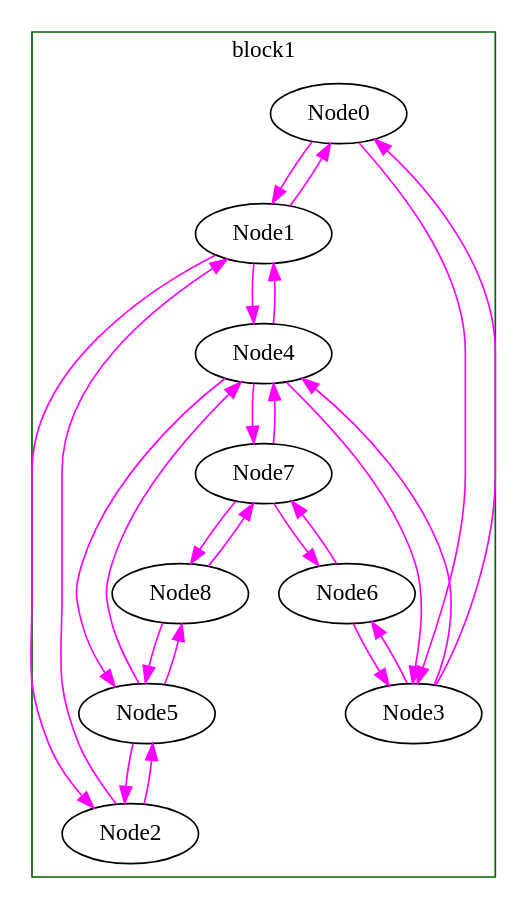
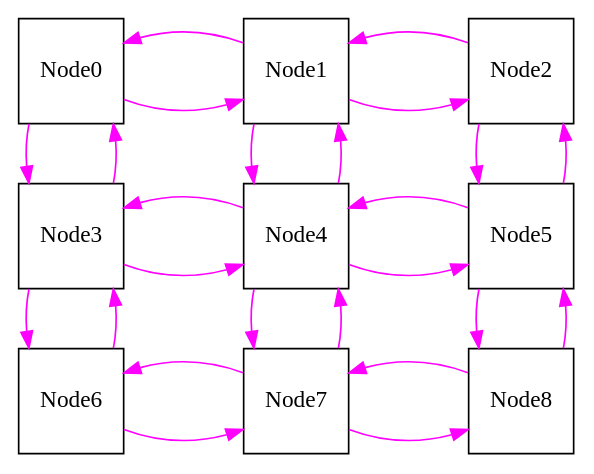
One commit to madhur19171/NoxyGen changed the diagram in Router/Mesh33/Mesh33.dot. Above: the diagram before and after it, drawn with Graphviz. The commit also changed 17 other files, not shown here.

```diff
--- a/Router/Mesh33/Mesh33.dot
+++ b/Router/Mesh33/Mesh33.dot
@@ -1,54 +1,60 @@
 Digraph G {
 	splines=spline;
+	
+	nodesep = 1;
+	node [ shape = square, width = 0.7 ];
+	{ rank = same; Node0; Node1; Node2 }
+    	{ rank = same; Node3; Node4; Node5 }
+    	{ rank = same; Node6; Node7; Node8 }
 //DHLS version: 0.1.1" [shape = "none" pos = "20,20!"]
 		"Node0" [type = "Router", bbID= 1, ID= 0, in = "in0:32 in1:32 in2:32 ", out = "out0:32 out1:32 out2:32 ", fifoDepth = 16];
 		"Node1" [type = "Router", bbID= 1, ID= 1, in = "in0:32 in1:32 in2:32 in3:32 ", out = "out0:32 out1:32 out2:32 out3:32 ", fifoDepth = 16];
 		"Node2" [type = "Router", bbID= 1, ID= 2, in = "in0:32 in1:32 in2:32 ", out = "out0:32 out1:32 out2:32 ", fifoDepth = 16];
 		"Node3" [type = "Router", bbID= 1, ID= 3, in = "in0:32 in1:32 in2:32 in3:32 ", out = "out0:32 out1:32 out2:32 out3:32 ", fifoDepth = 16];
 		"Node4" [type = "Router", bbID= 1, ID= 4, in = "in0:32 in1:32 in2:32 in3:32 in4:32 ", out = "out0:32 out1:32 out2:32 out3:32 out4:32 ", fifoDepth = 16];
 		"Node5" [type = "Router", bbID= 1, ID= 5, in = "in0:32 in1:32 in2:32 in3:32 ", out = "out0:32 out1:32 out2:32 out3:32 ", fifoDepth = 16];
 		"Node6" [type = "Router", bbID= 1, ID= 6, in = "in0:32 in1:32 in2:32 ", out = "out0:32 out1:32 out2:32 ", fifoDepth = 16];
 		"Node7" [type = "Router", bbID= 1, ID= 7, in = "in0:32 in1:32 in2:32 in3:32 ", out = "out0:32 out1:32 out2:32 out3:32 ", fifoDepth = 16];
 		"Node8" [type = "Router", bbID= 1, ID= 8, in = "in0:32 in1:32 in2:32 ", out = "out0:32 out1:32 out2:32 ", fifoDepth = 16];
 		
 	
 	subgraph cluster_0 {
 	color = "darkgreen";
 		label = "block1";
 		"Node0" -> "Node1" [color = "magenta", from = "out1", to = "in3", Router = true];
-		"Node0" -> "Node3" [color = "magenta", from = "out2", to = "in2", Router = true];
+		"Node0" -> "Node3" [color = "magenta", from = "out2", to = "in3", Router = true];
 		
 		"Node1" -> "Node0" [color = "magenta", from = "out3", to = "in1", Router = true];
 		"Node1" -> "Node2" [color = "magenta", from = "out2", to = "in1", Router = true];
 		"Node1" -> "Node4" [color = "magenta", from = "out1", to = "in3", Router = true];
 		
 		
-		"Node2" -> "Node1" [color = "magenta", from = "out1", to = "in2", Router = true];
+		"Node2" -> "Node1" [color = "magenta", from = "out2", to = "in1", Router = true];
 		"Node2" -> "Node5" [color = "magenta", from = "out2", to = "in1", Router = true];
 		
-		"Node3" -> "Node0" [color = "magenta", from = "out2", to = "in2", Router = true];
-		"Node3" -> "Node4" [color = "magenta", from = "out3", to = "in1", Router = true];
+		"Node3" -> "Node0" [color = "magenta", from = "out3", to = "in2", Router = true];
+		"Node3" -> "Node4" [color = "magenta", from = "out2", to = "in1", Router = true];
 		"Node3" -> "Node6" [color = "magenta", from = "out1", to = "in2", Router = true];
 		
 		"Node4" -> "Node1" [color = "magenta", from = "out3", to = "in1", Router = true];
-		"Node4" -> "Node3" [color = "magenta", from = "out3", to = "in3", Router = true];
+		"Node4" -> "Node3" [color = "magenta", from = "out1", to = "in2", Router = true];
 		"Node4" -> "Node5" [color = "magenta", from = "out4", to = "in3", Router = true];
-		"Node4" -> "Node7" [color = "magenta", from = "out2", to = "in1", Router = true];
+		"Node4" -> "Node7" [color = "magenta", from = "out2", to = "in3", Router = true];
 		
 		"Node5" -> "Node2" [color = "magenta", from = "out1", to = "in2", Router = true];
 		"Node5" -> "Node4" [color = "magenta", from = "out3", to = "in4", Router = true];
 		"Node5" -> "Node8" [color = "magenta", from = "out2", to = "in1", Router = true];
 		
 		"Node6" -> "Node3" [color = "magenta", from = "out2", to = "in1", Router = true];
-		"Node6" -> "Node7" [color = "magenta", from = "out1", to = "in3", Router = true];
+		"Node6" -> "Node7" [color = "magenta", from = "out1", to = "in2", Router = true];
 		
-		"Node7" -> "Node4" [color = "magenta", from = "out1", to = "in2", Router = true];
-		"Node7" -> "Node6" [color = "magenta", from = "out3", to = "in1", Router = true];
-		"Node7" -> "Node8" [color = "magenta", from = "out2", to = "in3", Router = true];
+		"Node7" -> "Node4" [color = "magenta", from = "out3", to = "in2", Router = true];
+		"Node7" -> "Node6" [color = "magenta", from = "out2", to = "in1", Router = true];
+		"Node7" -> "Node8" [color = "magenta", from = "out1", to = "in2", Router = true];
 		
 		"Node8" -> "Node5" [color = "magenta", from = "out1", to = "in2", Router = true];
-		"Node8" -> "Node7" [color = "magenta", from = "out3", to = "in2", Router = true];
+		"Node8" -> "Node7" [color = "magenta", from = "out2", to = "in1", Router = true];
 		
 	}
 
 }
```
